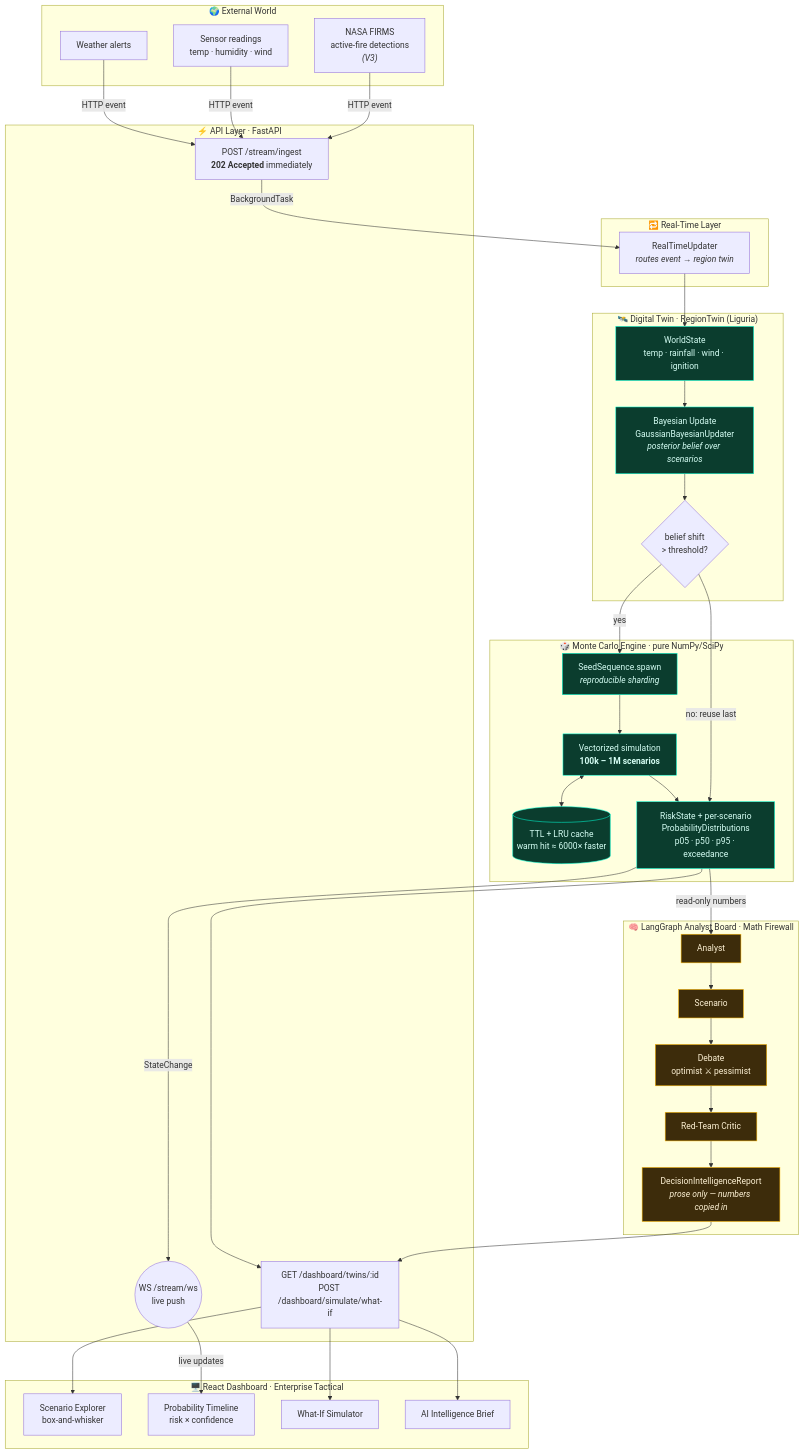
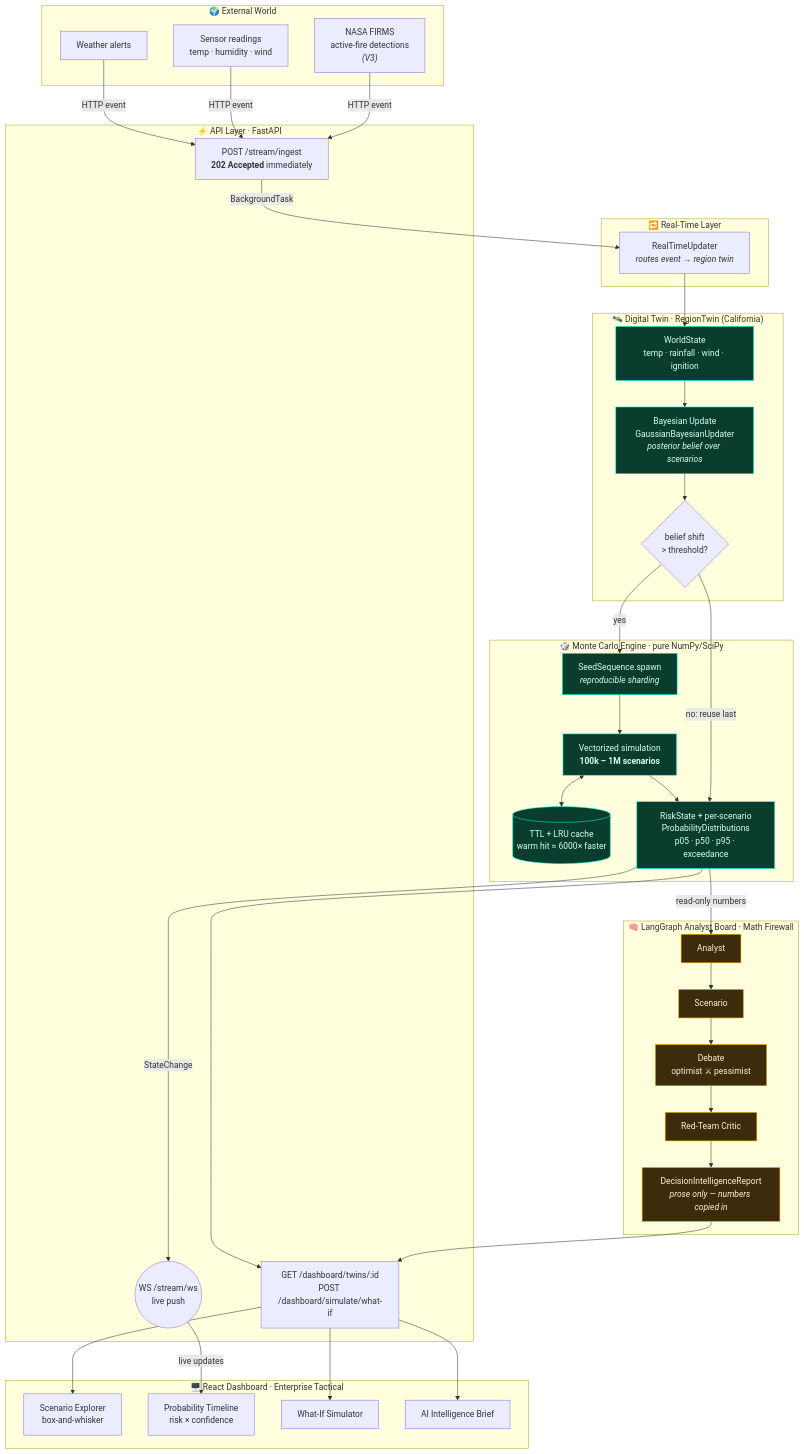
One commit to niccolopa/VECTIS-AI changed the first of 2 diagrams in docs/v2_architecture.md. Above: the diagram before and after it, drawn with Mermaid. The commit also changed 7 other files, not shown here.

First line of the commit message:
fix: scope V1/V2 demo naming to California, not stale "Liguria"

````diff
--- a/docs/v2_architecture.md
+++ b/docs/v2_architecture.md
@@ -15,65 +15,65 @@
 ```mermaid
 flowchart TD
     subgraph EXT["🌍 External World"]
         FIRMS["NASA FIRMS<br/>active-fire detections<br/><i>(V3)</i>"]
         SENSOR["Sensor readings<br/>temp · humidity · wind"]
         ALERT["Weather alerts"]
     end
 
     subgraph API["⚡ API Layer · FastAPI"]
         INGEST["POST /stream/ingest<br/><b>202 Accepted</b> immediately"]
         DASH["GET /dashboard/twins/:id<br/>POST /dashboard/simulate/what-if"]
         WS(("WS /stream/ws<br/>live push"))
     end
 
     subgraph RT["🔁 Real-Time Layer"]
         UPDATER["RealTimeUpdater<br/><i>routes event → region twin</i>"]
     end
 
-    subgraph TWIN["🛰️ Digital Twin · RegionTwin (Liguria)"]
+    subgraph TWIN["🛰️ Digital Twin · RegionTwin (California)"]
         STATE["WorldState<br/>temp · rainfall · wind · ignition"]
         BAYES["Bayesian Update<br/>GaussianBayesianUpdater<br/><i>posterior belief over scenarios</i>"]
         GATE{"belief shift<br/>&gt; threshold?"}
     end
 
     subgraph ENGINE["🎲 Monte Carlo Engine · pure NumPy/SciPy"]
         SHARD["SeedSequence.spawn<br/><i>reproducible sharding</i>"]
         MC["Vectorized simulation<br/><b>100k – 1M scenarios</b>"]
         CACHE[("TTL + LRU cache<br/>warm hit ≈ 6000× faster")]
         RISK["RiskState + per-scenario<br/>ProbabilityDistributions<br/>p05 · p50 · p95 · exceedance"]
     end
 
     subgraph BOARD["🧠 LangGraph Analyst Board · Math Firewall"]
         ANALYST["Analyst"] --> SCEN["Scenario"]
         SCEN --> DEBATE["Debate<br/>optimist ⚔ pessimist"]
         DEBATE --> CRITIC["Red-Team Critic"]
         CRITIC --> REPORT["DecisionIntelligenceReport<br/><i>prose only — numbers copied in</i>"]
     end
 
     subgraph UI["🖥️ React Dashboard · Enterprise Tactical"]
         EXPLORER["Scenario Explorer<br/>box-and-whisker"]
         TIMELINE["Probability Timeline<br/>risk × confidence"]
         WHATIF["What-If Simulator"]
         BRIEF["AI Intelligence Brief"]
     end
 
     FIRMS & SENSOR & ALERT -->|HTTP event| INGEST
     INGEST -->|BackgroundTask| UPDATER
     UPDATER --> STATE --> BAYES --> GATE
     GATE -->|yes| SHARD
     GATE -->|no: reuse last| RISK
     SHARD --> MC
     MC <--> CACHE
     MC --> RISK
     RISK -->|StateChange| WS
     RISK -->|read-only numbers| ANALYST
     REPORT --> DASH
     RISK --> DASH
     DASH --> EXPLORER & WHATIF & BRIEF
     WS -->|live updates| TIMELINE
 
     classDef math fill:#0b3d2e,stroke:#00ffd5,color:#d6fff5;
     classDef llm fill:#3d2c0b,stroke:#ffb800,color:#fff3d6;
     class STATE,BAYES,SHARD,MC,CACHE,RISK math;
     class ANALYST,SCEN,DEBATE,CRITIC,REPORT llm;
 ```
````
